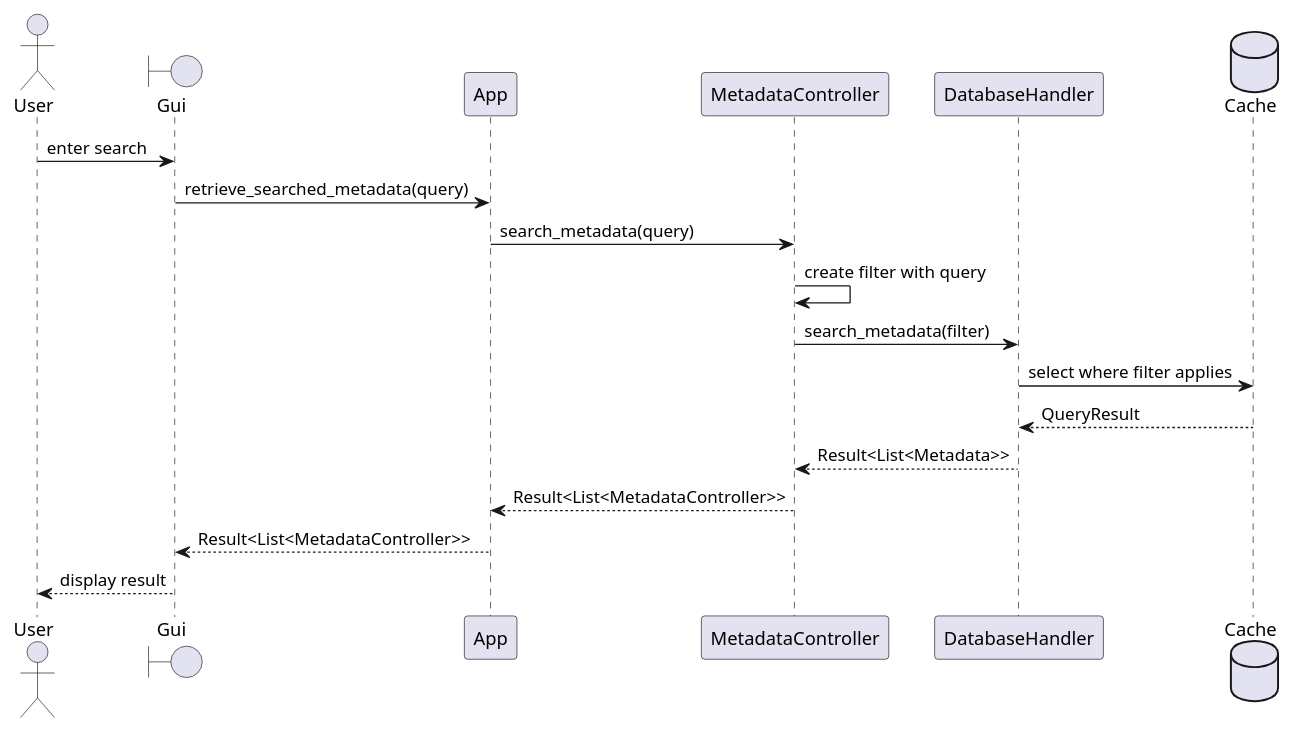
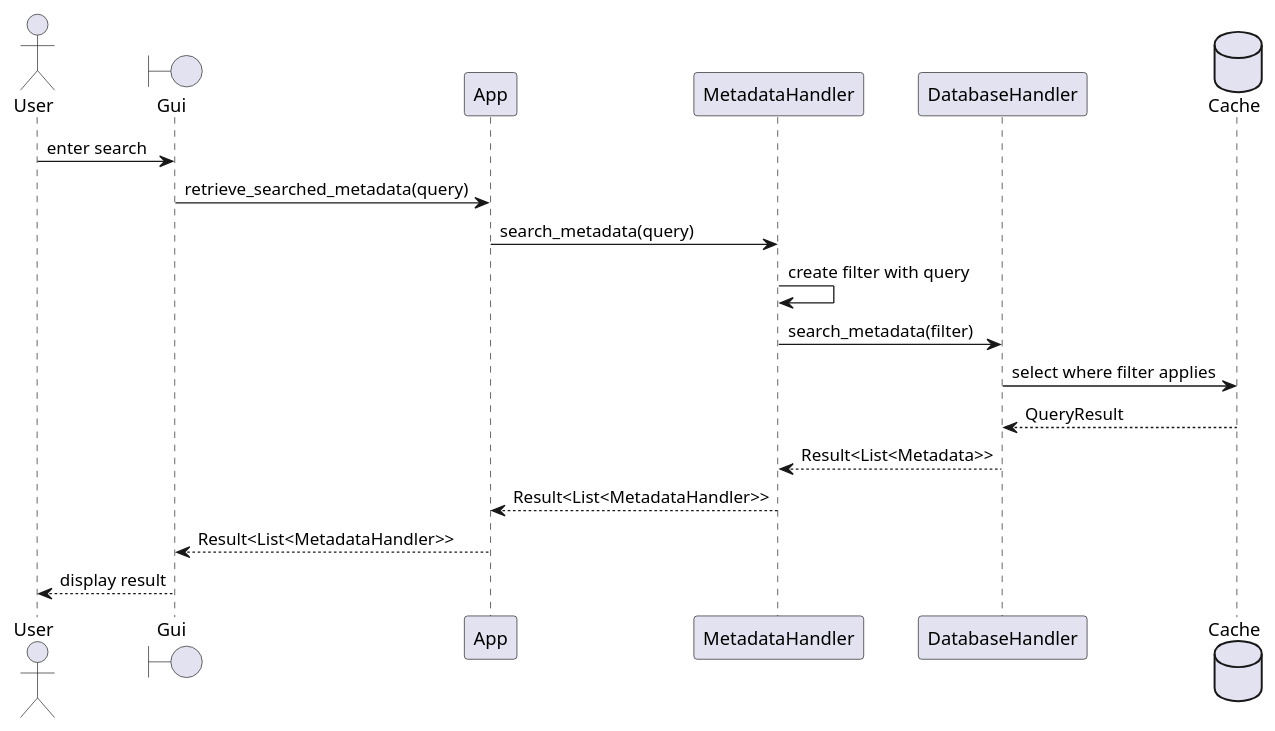
Before and after one commit to SoftwareEngineeringOne/wiki: the eighth of 10 diagrams in wiki/topics/Inkremente/04/Grobdesign.md, drawn with PlantUML. The commit also changed other lines of this file, not shown here.

Commit message:
Add modules to Class Diagramm

````diff
--- a/wiki/topics/Inkremente/04/Grobdesign.md
+++ b/wiki/topics/Inkremente/04/Grobdesign.md
@@ -462,22 +484,22 @@
 ```plantuml
 @startuml Projekte durchsuchen
 actor User
 boundary Gui
 participant App
-participant MetadataController
+participant MetadataHandler
 participant DatabaseHandler
 database Cache
 
 User -> Gui : enter search
 Gui -> App : retrieve_searched_metadata(query)
-App -> MetadataController : search_metadata(query)
-MetadataController -> MetadataController : create filter with query
-MetadataController -> DatabaseHandler : search_metadata(filter)
+App -> MetadataHandler : search_metadata(query)
+MetadataHandler -> MetadataHandler : create filter with query
+MetadataHandler -> DatabaseHandler : search_metadata(filter)
 DatabaseHandler -> Cache : select where filter applies
 Cache --> DatabaseHandler : QueryResult
-DatabaseHandler --> MetadataController : Result<List<Metadata>>
-MetadataController --> App : Result<List<MetadataController>>
-App --> Gui : Result<List<MetadataController>>
+DatabaseHandler --> MetadataHandler : Result<List<Metadata>>
+MetadataHandler --> App : Result<List<MetadataHandler>>
+App --> Gui : Result<List<MetadataHandler>>
 Gui --> User : display result
 @enduml
 ```
````
